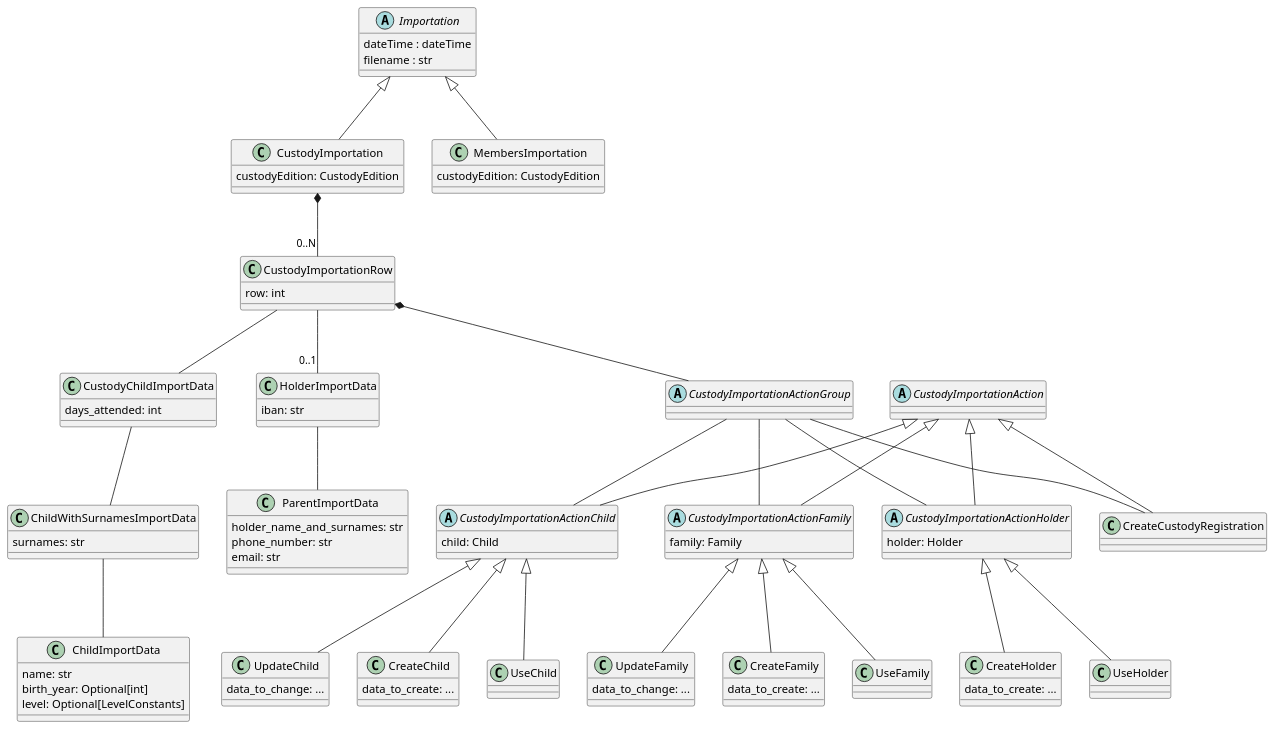
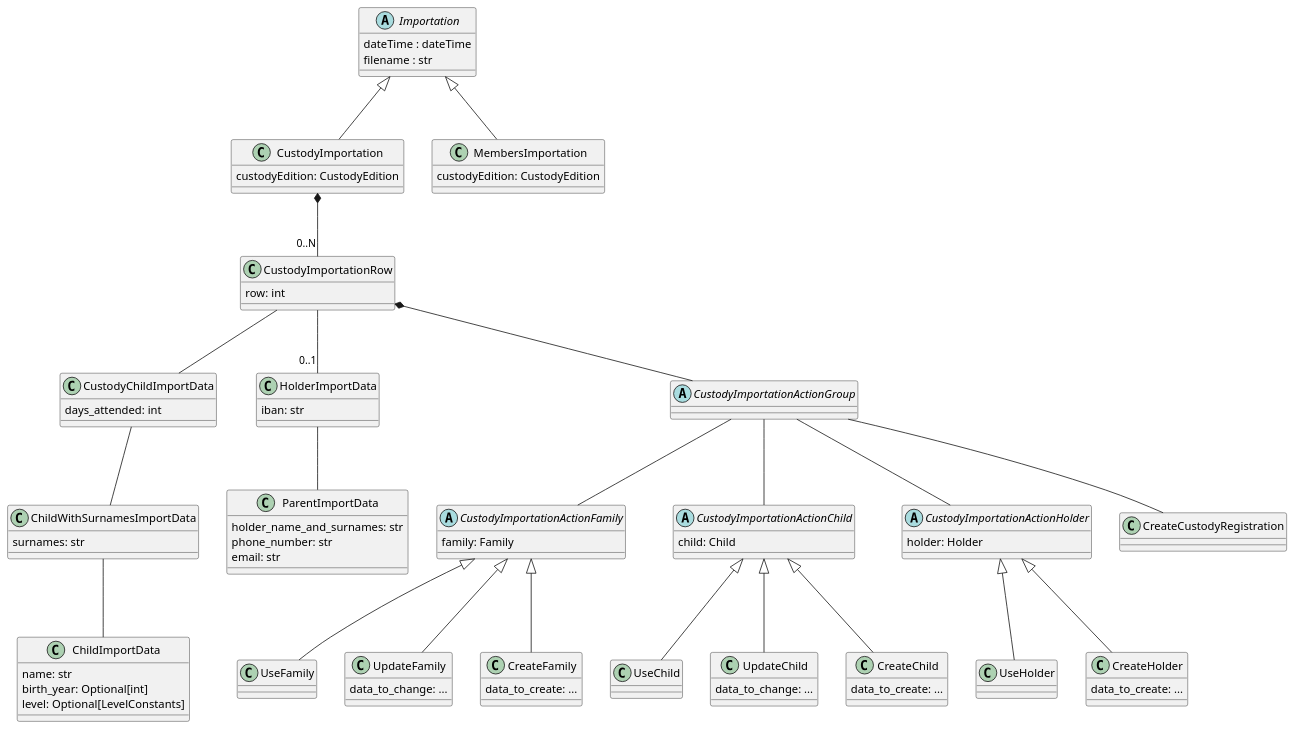
Before and after one commit to IgnacioMaestro/ampa-manager: the diagram in doc/DomainModelDiagram/ImportationPackage/ImportationPackage.puml, drawn with PlantUML.

```diff
--- a/doc/DomainModelDiagram/ImportationPackage/ImportationPackage.puml
+++ b/doc/DomainModelDiagram/ImportationPackage/ImportationPackage.puml
@@ -1,95 +1,90 @@
 @startuml
 abstract class Importation {
     dateTime : dateTime
     filename : str
 }
 class CustodyImportation {
     custodyEdition: CustodyEdition
 }
 class MembersImportation {
     custodyEdition: CustodyEdition
 }
 class CustodyImportationRow {
     row: int
 }
 class CustodyChildImportData {
     days_attended: int
 }
 class HolderImportData {
     iban: str
 }
 class ChildWithSurnamesImportData {
     surnames: str
 }
 class ChildImportData {
     name: str
     birth_year: Optional[int]
     level: Optional[LevelConstants]
 }
 class ParentImportData {
     holder_name_and_surnames: str
     phone_number: str
     email: str
 }
 abstract class CustodyImportationActionGroup
-abstract class CustodyImportationAction
 abstract class CustodyImportationActionFamily {
     family: Family
 }
 abstract class CustodyImportationActionChild {
     child: Child
 }
 abstract class CustodyImportationActionHolder {
     holder: Holder
 }
 class UseFamily
 class UpdateFamily {
     data_to_change: ...
 }
 class CreateFamily {
     data_to_create: ...
 }
 class UseChild
 class UpdateChild {
     data_to_change: ...
 }
 class CreateChild {
     data_to_create: ...
 }
 class UseHolder
 class CreateHolder {
     data_to_create: ...
 }
 class CreateCustodyRegistration
 
 Importation <|-- CustodyImportation: ""
 Importation <|-- MembersImportation: ""
 
 CustodyImportation *-- "0..N" CustodyImportationRow: ""
 
 CustodyImportationRow -- CustodyChildImportData: ""
 CustodyImportationRow -- "0..1" HolderImportData: ""
 CustodyImportationRow *-- CustodyImportationActionGroup: ""
 
 CustodyChildImportData -- ChildWithSurnamesImportData: ""
 ChildWithSurnamesImportData -- ChildImportData: ""
 
 HolderImportData -- ParentImportData: ""
 
 CustodyImportationActionGroup -- CreateCustodyRegistration: ""
 CustodyImportationActionGroup -- CustodyImportationActionFamily: ""
 CustodyImportationActionGroup -- CustodyImportationActionChild: ""
 CustodyImportationActionGroup -- CustodyImportationActionHolder: ""
-CustodyImportationAction <|-- CreateCustodyRegistration: ""
-CustodyImportationAction <|-- CustodyImportationActionFamily: ""
-CustodyImportationAction <|-- CustodyImportationActionChild: ""
-CustodyImportationAction <|-- CustodyImportationActionHolder: ""
 CustodyImportationActionFamily <|-- UseFamily: ""
 CustodyImportationActionFamily <|-- CreateFamily: ""
 CustodyImportationActionFamily <|-- UpdateFamily: ""
 CustodyImportationActionChild <|-- UseChild: ""
 CustodyImportationActionChild <|-- CreateChild: ""
 CustodyImportationActionChild <|-- UpdateChild: ""
 CustodyImportationActionHolder <|-- UseHolder: ""
 CustodyImportationActionHolder <|-- CreateHolder: ""
 @enduml
```
